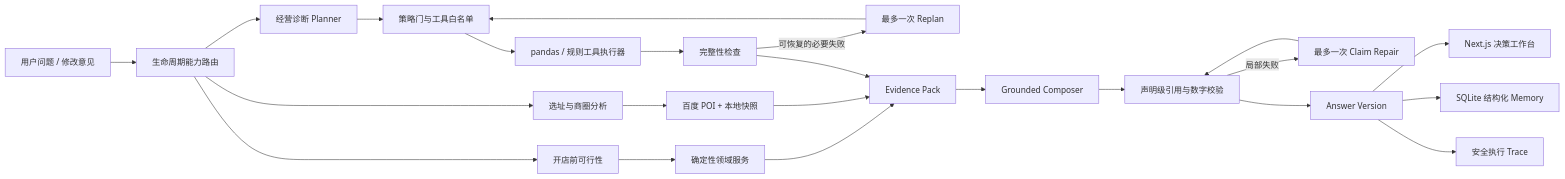
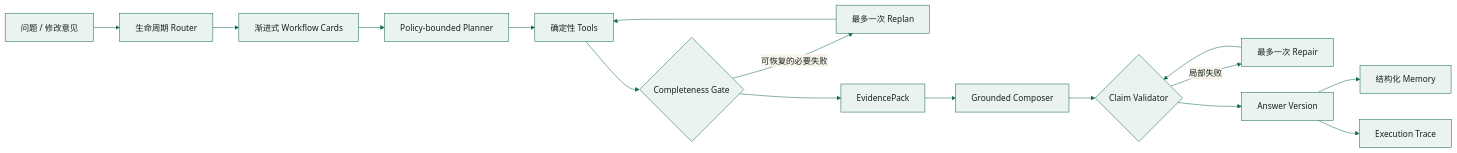
Before and after one commit to mildred522/market-pilot: the diagram in README.md, drawn with Mermaid. The commit also changed other lines of this file and 19 other files, not shown here.

Commit message:
docs: refresh architecture and quality gates

````diff
--- a/README.md
+++ b/README.md
@@ -42,27 +125,19 @@
 ```mermaid
+%%{init: {'theme': 'base', 'themeVariables': { 'primaryColor': '#eaf3f0', 'primaryBorderColor': '#17695b', 'primaryTextColor': '#17211e', 'lineColor': '#17695b', 'secondaryColor': '#f7f3ea', 'tertiaryColor': '#eef1f0'}}}%%
 flowchart LR
-    U["用户问题 / 修改意见"] --> R["生命周期能力路由"]
-    R --> PRE["开店前可行性"]
-    R --> LOC["选址与商圈分析"]
-    R --> OP["经营诊断 Planner"]
-
-    PRE --> DS["确定性领域服务"]
-    LOC --> BD["百度 POI + 本地快照"]
-    OP --> PG["策略门与工具白名单"]
-    PG --> EX["pandas / 规则工具执行器"]
-    EX --> CG["完整性检查"]
-    CG -->|"可恢复的必要失败"| RP["最多一次 Replan"]
-    RP --> PG
-
-    DS --> EP["Evidence Pack"]
-    BD --> EP
-    CG --> EP
-    EP --> LLM["Grounded Composer"]
-    LLM --> CV["声明级引用与数字校验"]
-    CV -->|"局部失败"| FIX["最多一次 Claim Repair"]
-    FIX --> CV
-    CV --> AV["Answer Version"]
-    AV --> UI["Next.js 决策工作台"]
-    AV --> MEM["SQLite 结构化 Memory"]
-    AV --> TRACE["安全执行 Trace"]
+    U["问题 / 修改意见"] --> R["生命周期 Router"]
+    R --> W["渐进式 Workflow Cards"]
+    W --> P["Policy-bounded Planner"]
+    P --> T["确定性 Tools"]
+    T --> G{"Completeness Gate"}
+    G -->|"可恢复的必要失败"| RP["最多一次 Replan"]
+    RP --> T
+    G --> E["EvidencePack"]
+    E --> C["Grounded Composer"]
+    C --> V{"Claim Validator"}
+    V -->|"局部失败"| F["最多一次 Repair"]
+    F --> V
+    V --> A["Answer Version"]
+    A --> M["结构化 Memory"]
+    A --> O["Execution Trace"]
 ```
````
